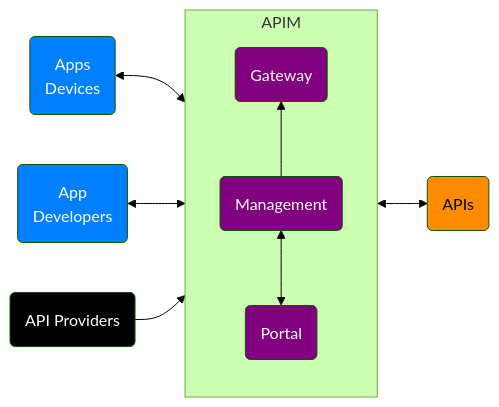
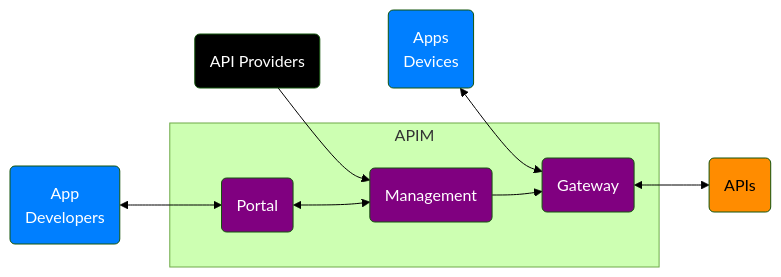
Before and after one commit to msalemor/azure-apim-networking: the first of 4 diagrams in README.md, drawn with Mermaid (forest theme).

````diff
--- a/README.md
+++ b/README.md
@@ -15,23 +15,22 @@
 ```mermaid
 graph LR;
   APPS(Apps<br/>Devices)<-->GT;
   DEVS(App<br/>Developers)<-->PT;
   APP(API Providers)-->MG;
   GT<-->APIS(APIs);
   subgraph SG1["APIM"]
-    direction BT;
-    GT(Gateway);
     MG(Management);
     MG-->GT;
     PT(Portal)<-->MG;
+    GT(Gateway);
   end;
   classDef internet fill:#007FFF,color:white;
   classDef unsafe fill:#ff3333,color:white;
   classDef semisafe fill:darkorange,color:black;
   classDef safe fill:purple,color:white;
   classDef text fill:black,color:white;
   class APPS,DEVS internet;
   class GT,PT,MG safe;
   class APIS semisafe;
   class APP text;
 ```
````
